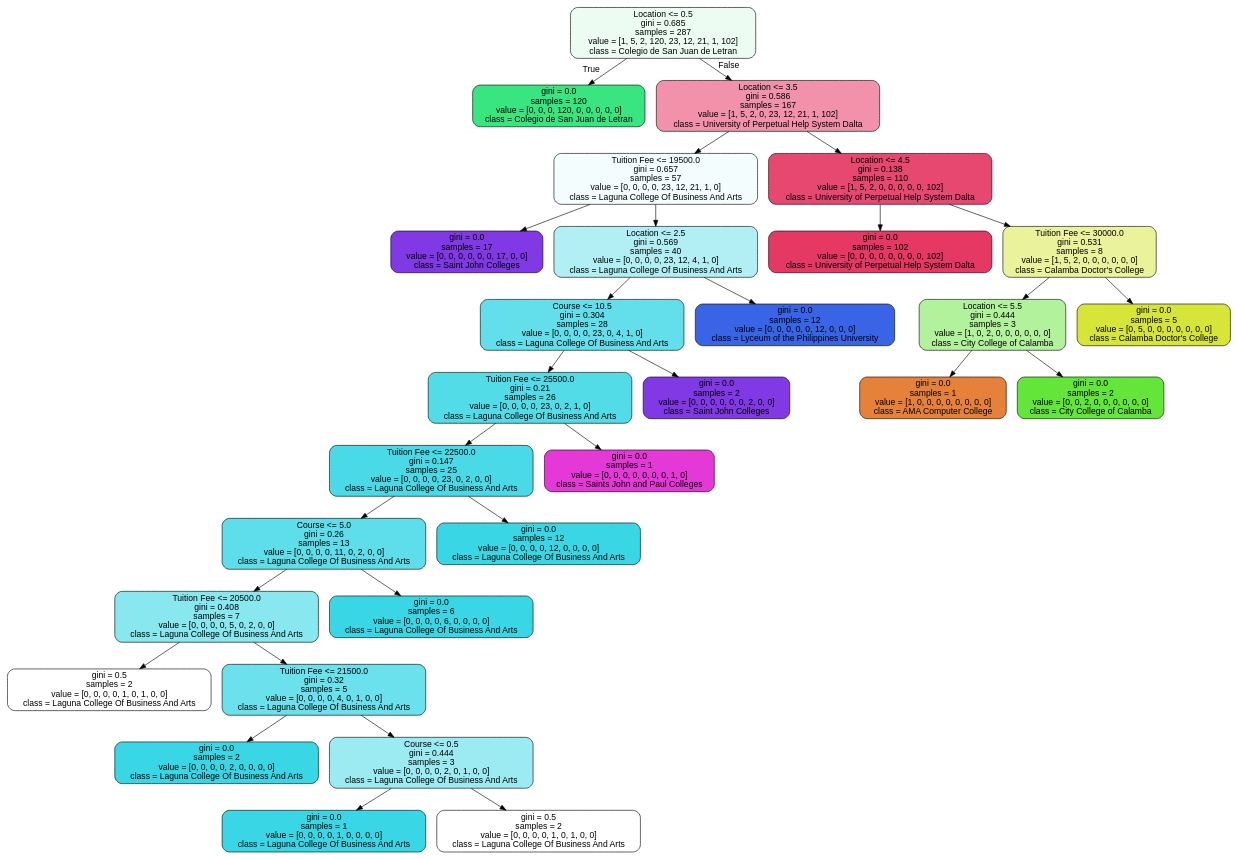
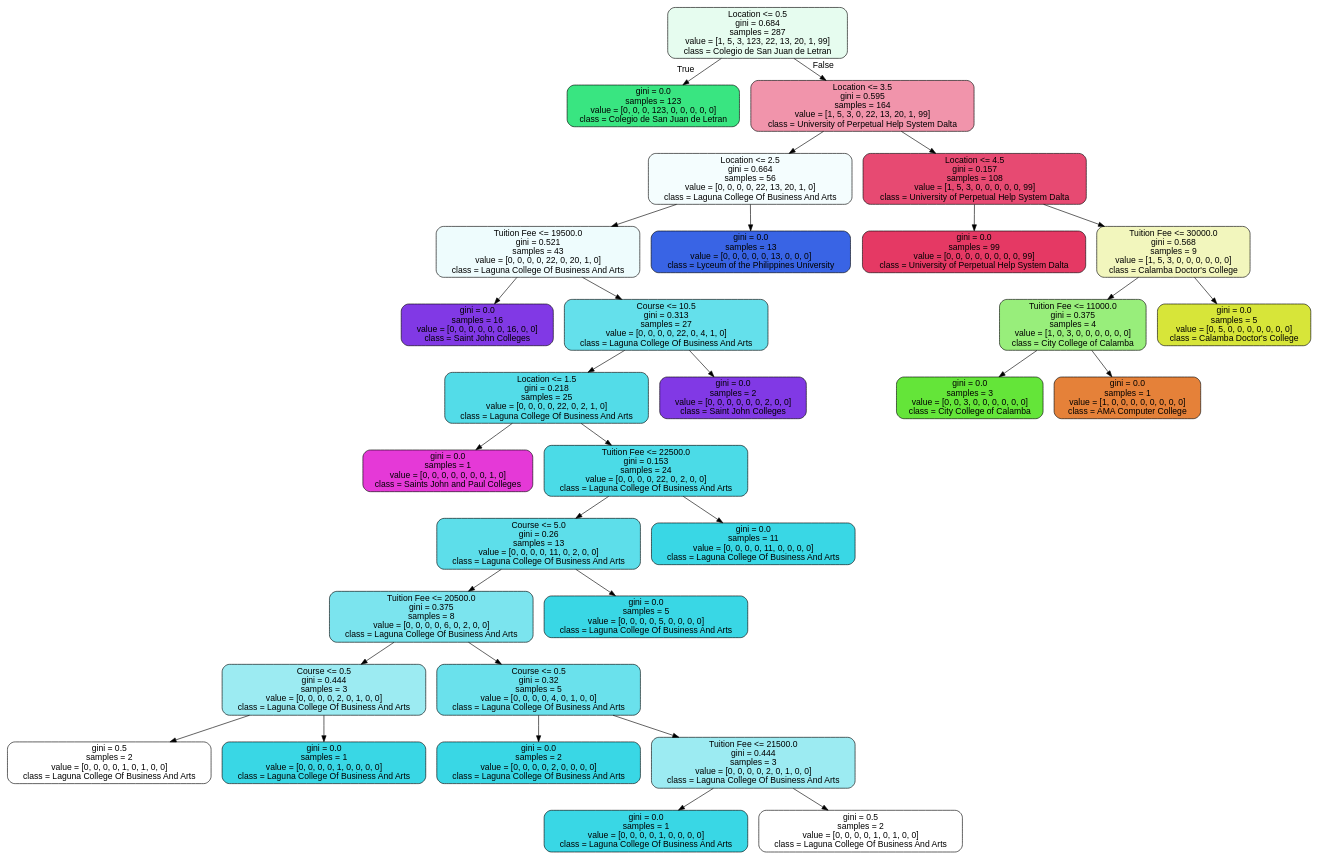
The diagram in Backend/Decision Tree/dt_plot.dot (Shenchii/SeeKampus_Flask), drawn with Graphviz before and after one commit. The commit also changed 75 other files, not shown here.

```diff
--- a/Backend/Decision Tree/dt_plot.dot
+++ b/Backend/Decision Tree/dt_plot.dot
@@ -1,61 +1,65 @@
 digraph Tree {
 node [shape=box, style="filled, rounded", color="black", fontname="helvetica"] ;
 edge [fontname="helvetica"] ;
-0 [label="Location <= 0.5\ngini = 0.685\nsamples = 287\nvalue = [1, 5, 2, 120, 23, 12, 21, 1, 102]\nclass = Colegio de San Juan de Letran", fillcolor="#ecfcf3"] ;
-1 [label="gini = 0.0\nsamples = 120\nvalue = [0, 0, 0, 120, 0, 0, 0, 0, 0]\nclass = Colegio de San Juan de Letran", fillcolor="#39e581"] ;
+0 [label="Location <= 0.5\ngini = 0.684\nsamples = 287\nvalue = [1, 5, 3, 123, 22, 13, 20, 1, 99]\nclass = Colegio de San Juan de Letran", fillcolor="#e6fcef"] ;
+1 [label="gini = 0.0\nsamples = 123\nvalue = [0, 0, 0, 123, 0, 0, 0, 0, 0]\nclass = Colegio de San Juan de Letran", fillcolor="#39e581"] ;
 0 -> 1 [labeldistance=2.5, labelangle=45, headlabel="True"] ;
-2 [label="Location <= 3.5\ngini = 0.586\nsamples = 167\nvalue = [1, 5, 2, 0, 23, 12, 21, 1, 102]\nclass = University of Perpetual Help System Dalta", fillcolor="#f192aa"] ;
+2 [label="Location <= 3.5\ngini = 0.595\nsamples = 164\nvalue = [1, 5, 3, 0, 22, 13, 20, 1, 99]\nclass = University of Perpetual Help System Dalta", fillcolor="#f194ab"] ;
 0 -> 2 [labeldistance=2.5, labelangle=-45, headlabel="False"] ;
-3 [label="Tuition Fee <= 19500.0\ngini = 0.657\nsamples = 57\nvalue = [0, 0, 0, 0, 23, 12, 21, 1, 0]\nclass = Laguna College Of Business And Arts", fillcolor="#f4fdfe"] ;
+3 [label="Location <= 2.5\ngini = 0.664\nsamples = 56\nvalue = [0, 0, 0, 0, 22, 13, 20, 1, 0]\nclass = Laguna College Of Business And Arts", fillcolor="#f4fdfe"] ;
 2 -> 3 ;
-4 [label="gini = 0.0\nsamples = 17\nvalue = [0, 0, 0, 0, 0, 0, 17, 0, 0]\nclass = Saint John Colleges", fillcolor="#8139e5"] ;
+4 [label="Tuition Fee <= 19500.0\ngini = 0.521\nsamples = 43\nvalue = [0, 0, 0, 0, 22, 0, 20, 1, 0]\nclass = Laguna College Of Business And Arts", fillcolor="#eefcfd"] ;
 3 -> 4 ;
-5 [label="Location <= 2.5\ngini = 0.569\nsamples = 40\nvalue = [0, 0, 0, 0, 23, 12, 4, 1, 0]\nclass = Laguna College Of Business And Arts", fillcolor="#b1eff5"] ;
-3 -> 5 ;
-6 [label="Course <= 10.5\ngini = 0.304\nsamples = 28\nvalue = [0, 0, 0, 0, 23, 0, 4, 1, 0]\nclass = Laguna College Of Business And Arts", fillcolor="#62dfea"] ;
-5 -> 6 ;
-7 [label="Tuition Fee <= 25500.0\ngini = 0.21\nsamples = 26\nvalue = [0, 0, 0, 0, 23, 0, 2, 1, 0]\nclass = Laguna College Of Business And Arts", fillcolor="#52dce8"] ;
+5 [label="gini = 0.0\nsamples = 16\nvalue = [0, 0, 0, 0, 0, 0, 16, 0, 0]\nclass = Saint John Colleges", fillcolor="#8139e5"] ;
+4 -> 5 ;
+6 [label="Course <= 10.5\ngini = 0.313\nsamples = 27\nvalue = [0, 0, 0, 0, 22, 0, 4, 1, 0]\nclass = Laguna College Of Business And Arts", fillcolor="#64e0eb"] ;
+4 -> 6 ;
+7 [label="Location <= 1.5\ngini = 0.218\nsamples = 25\nvalue = [0, 0, 0, 0, 22, 0, 2, 1, 0]\nclass = Laguna College Of Business And Arts", fillcolor="#53dce8"] ;
 6 -> 7 ;
-8 [label="Tuition Fee <= 22500.0\ngini = 0.147\nsamples = 25\nvalue = [0, 0, 0, 0, 23, 0, 2, 0, 0]\nclass = Laguna College Of Business And Arts", fillcolor="#4adae7"] ;
+8 [label="gini = 0.0\nsamples = 1\nvalue = [0, 0, 0, 0, 0, 0, 0, 1, 0]\nclass = Saints John and Paul Colleges", fillcolor="#e539d7"] ;
 7 -> 8 ;
-9 [label="Course <= 5.0\ngini = 0.26\nsamples = 13\nvalue = [0, 0, 0, 0, 11, 0, 2, 0, 0]\nclass = Laguna College Of Business And Arts", fillcolor="#5ddeea"] ;
-8 -> 9 ;
-10 [label="Tuition Fee <= 20500.0\ngini = 0.408\nsamples = 7\nvalue = [0, 0, 0, 0, 5, 0, 2, 0, 0]\nclass = Laguna College Of Business And Arts", fillcolor="#88e7ef"] ;
+9 [label="Tuition Fee <= 22500.0\ngini = 0.153\nsamples = 24\nvalue = [0, 0, 0, 0, 22, 0, 2, 0, 0]\nclass = Laguna College Of Business And Arts", fillcolor="#4bdbe7"] ;
+7 -> 9 ;
+10 [label="Course <= 5.0\ngini = 0.26\nsamples = 13\nvalue = [0, 0, 0, 0, 11, 0, 2, 0, 0]\nclass = Laguna College Of Business And Arts", fillcolor="#5ddeea"] ;
 9 -> 10 ;
-11 [label="gini = 0.5\nsamples = 2\nvalue = [0, 0, 0, 0, 1, 0, 1, 0, 0]\nclass = Laguna College Of Business And Arts", fillcolor="#ffffff"] ;
+11 [label="Tuition Fee <= 20500.0\ngini = 0.375\nsamples = 8\nvalue = [0, 0, 0, 0, 6, 0, 2, 0, 0]\nclass = Laguna College Of Business And Arts", fillcolor="#7be4ee"] ;
 10 -> 11 ;
-12 [label="Tuition Fee <= 21500.0\ngini = 0.32\nsamples = 5\nvalue = [0, 0, 0, 0, 4, 0, 1, 0, 0]\nclass = Laguna College Of Business And Arts", fillcolor="#6ae1ec"] ;
-10 -> 12 ;
-13 [label="gini = 0.0\nsamples = 2\nvalue = [0, 0, 0, 0, 2, 0, 0, 0, 0]\nclass = Laguna College Of Business And Arts", fillcolor="#39d7e5"] ;
+12 [label="Course <= 0.5\ngini = 0.444\nsamples = 3\nvalue = [0, 0, 0, 0, 2, 0, 1, 0, 0]\nclass = Laguna College Of Business And Arts", fillcolor="#9cebf2"] ;
+11 -> 12 ;
+13 [label="gini = 0.5\nsamples = 2\nvalue = [0, 0, 0, 0, 1, 0, 1, 0, 0]\nclass = Laguna College Of Business And Arts", fillcolor="#ffffff"] ;
 12 -> 13 ;
-14 [label="Course <= 0.5\ngini = 0.444\nsamples = 3\nvalue = [0, 0, 0, 0, 2, 0, 1, 0, 0]\nclass = Laguna College Of Business And Arts", fillcolor="#9cebf2"] ;
+14 [label="gini = 0.0\nsamples = 1\nvalue = [0, 0, 0, 0, 1, 0, 0, 0, 0]\nclass = Laguna College Of Business And Arts", fillcolor="#39d7e5"] ;
 12 -> 14 ;
-15 [label="gini = 0.0\nsamples = 1\nvalue = [0, 0, 0, 0, 1, 0, 0, 0, 0]\nclass = Laguna College Of Business And Arts", fillcolor="#39d7e5"] ;
-14 -> 15 ;
-16 [label="gini = 0.5\nsamples = 2\nvalue = [0, 0, 0, 0, 1, 0, 1, 0, 0]\nclass = Laguna College Of Business And Arts", fillcolor="#ffffff"] ;
-14 -> 16 ;
-17 [label="gini = 0.0\nsamples = 6\nvalue = [0, 0, 0, 0, 6, 0, 0, 0, 0]\nclass = Laguna College Of Business And Arts", fillcolor="#39d7e5"] ;
-9 -> 17 ;
-18 [label="gini = 0.0\nsamples = 12\nvalue = [0, 0, 0, 0, 12, 0, 0, 0, 0]\nclass = Laguna College Of Business And Arts", fillcolor="#39d7e5"] ;
-8 -> 18 ;
-19 [label="gini = 0.0\nsamples = 1\nvalue = [0, 0, 0, 0, 0, 0, 0, 1, 0]\nclass = Saints John and Paul Colleges", fillcolor="#e539d7"] ;
-7 -> 19 ;
-20 [label="gini = 0.0\nsamples = 2\nvalue = [0, 0, 0, 0, 0, 0, 2, 0, 0]\nclass = Saint John Colleges", fillcolor="#8139e5"] ;
-6 -> 20 ;
-21 [label="gini = 0.0\nsamples = 12\nvalue = [0, 0, 0, 0, 0, 12, 0, 0, 0]\nclass = Lyceum of the Philippines University", fillcolor="#3964e5"] ;
-5 -> 21 ;
-22 [label="Location <= 4.5\ngini = 0.138\nsamples = 110\nvalue = [1, 5, 2, 0, 0, 0, 0, 0, 102]\nclass = University of Perpetual Help System Dalta", fillcolor="#e74870"] ;
-2 -> 22 ;
-23 [label="gini = 0.0\nsamples = 102\nvalue = [0, 0, 0, 0, 0, 0, 0, 0, 102]\nclass = University of Perpetual Help System Dalta", fillcolor="#e53964"] ;
-22 -> 23 ;
-24 [label="Tuition Fee <= 30000.0\ngini = 0.531\nsamples = 8\nvalue = [1, 5, 2, 0, 0, 0, 0, 0, 0]\nclass = Calamba Doctor's College", fillcolor="#ebf29c"] ;
-22 -> 24 ;
-25 [label="Location <= 5.5\ngini = 0.444\nsamples = 3\nvalue = [1, 0, 2, 0, 0, 0, 0, 0, 0]\nclass = City College of Calamba", fillcolor="#b2f29c"] ;
+15 [label="Course <= 0.5\ngini = 0.32\nsamples = 5\nvalue = [0, 0, 0, 0, 4, 0, 1, 0, 0]\nclass = Laguna College Of Business And Arts", fillcolor="#6ae1ec"] ;
+11 -> 15 ;
+16 [label="gini = 0.0\nsamples = 2\nvalue = [0, 0, 0, 0, 2, 0, 0, 0, 0]\nclass = Laguna College Of Business And Arts", fillcolor="#39d7e5"] ;
+15 -> 16 ;
+17 [label="Tuition Fee <= 21500.0\ngini = 0.444\nsamples = 3\nvalue = [0, 0, 0, 0, 2, 0, 1, 0, 0]\nclass = Laguna College Of Business And Arts", fillcolor="#9cebf2"] ;
+15 -> 17 ;
+18 [label="gini = 0.0\nsamples = 1\nvalue = [0, 0, 0, 0, 1, 0, 0, 0, 0]\nclass = Laguna College Of Business And Arts", fillcolor="#39d7e5"] ;
+17 -> 18 ;
+19 [label="gini = 0.5\nsamples = 2\nvalue = [0, 0, 0, 0, 1, 0, 1, 0, 0]\nclass = Laguna College Of Business And Arts", fillcolor="#ffffff"] ;
+17 -> 19 ;
+20 [label="gini = 0.0\nsamples = 5\nvalue = [0, 0, 0, 0, 5, 0, 0, 0, 0]\nclass = Laguna College Of Business And Arts", fillcolor="#39d7e5"] ;
+10 -> 20 ;
+21 [label="gini = 0.0\nsamples = 11\nvalue = [0, 0, 0, 0, 11, 0, 0, 0, 0]\nclass = Laguna College Of Business And Arts", fillcolor="#39d7e5"] ;
+9 -> 21 ;
+22 [label="gini = 0.0\nsamples = 2\nvalue = [0, 0, 0, 0, 0, 0, 2, 0, 0]\nclass = Saint John Colleges", fillcolor="#8139e5"] ;
+6 -> 22 ;
+23 [label="gini = 0.0\nsamples = 13\nvalue = [0, 0, 0, 0, 0, 13, 0, 0, 0]\nclass = Lyceum of the Philippines University", fillcolor="#3964e5"] ;
+3 -> 23 ;
+24 [label="Location <= 4.5\ngini = 0.157\nsamples = 108\nvalue = [1, 5, 3, 0, 0, 0, 0, 0, 99]\nclass = University of Perpetual Help System Dalta", fillcolor="#e74a72"] ;
+2 -> 24 ;
+25 [label="gini = 0.0\nsamples = 99\nvalue = [0, 0, 0, 0, 0, 0, 0, 0, 99]\nclass = University of Perpetual Help System Dalta", fillcolor="#e53964"] ;
 24 -> 25 ;
-26 [label="gini = 0.0\nsamples = 1\nvalue = [1, 0, 0, 0, 0, 0, 0, 0, 0]\nclass = AMA Computer College", fillcolor="#e58139"] ;
-25 -> 26 ;
-27 [label="gini = 0.0\nsamples = 2\nvalue = [0, 0, 2, 0, 0, 0, 0, 0, 0]\nclass = City College of Calamba", fillcolor="#64e539"] ;
-25 -> 27 ;
-28 [label="gini = 0.0\nsamples = 5\nvalue = [0, 5, 0, 0, 0, 0, 0, 0, 0]\nclass = Calamba Doctor's College", fillcolor="#d7e539"] ;
-24 -> 28 ;
+26 [label="Tuition Fee <= 30000.0\ngini = 0.568\nsamples = 9\nvalue = [1, 5, 3, 0, 0, 0, 0, 0, 0]\nclass = Calamba Doctor's College", fillcolor="#f2f6bd"] ;
+24 -> 26 ;
+27 [label="Tuition Fee <= 11000.0\ngini = 0.375\nsamples = 4\nvalue = [1, 0, 3, 0, 0, 0, 0, 0, 0]\nclass = City College of Calamba", fillcolor="#98ee7b"] ;
+26 -> 27 ;
+28 [label="gini = 0.0\nsamples = 3\nvalue = [0, 0, 3, 0, 0, 0, 0, 0, 0]\nclass = City College of Calamba", fillcolor="#64e539"] ;
+27 -> 28 ;
+29 [label="gini = 0.0\nsamples = 1\nvalue = [1, 0, 0, 0, 0, 0, 0, 0, 0]\nclass = AMA Computer College", fillcolor="#e58139"] ;
+27 -> 29 ;
+30 [label="gini = 0.0\nsamples = 5\nvalue = [0, 5, 0, 0, 0, 0, 0, 0, 0]\nclass = Calamba Doctor's College", fillcolor="#d7e539"] ;
+26 -> 30 ;
 }
```
